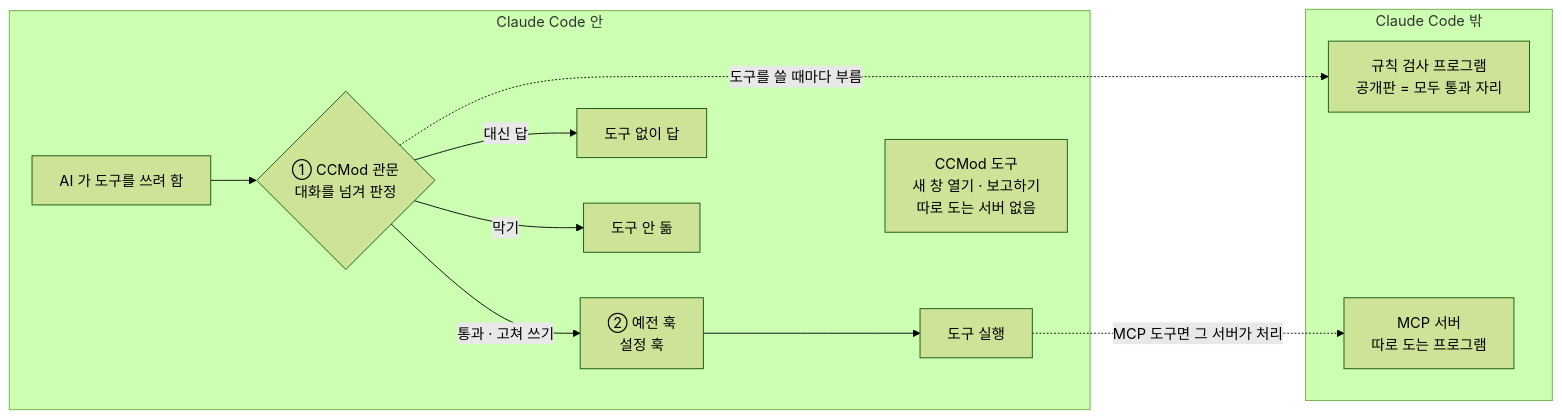
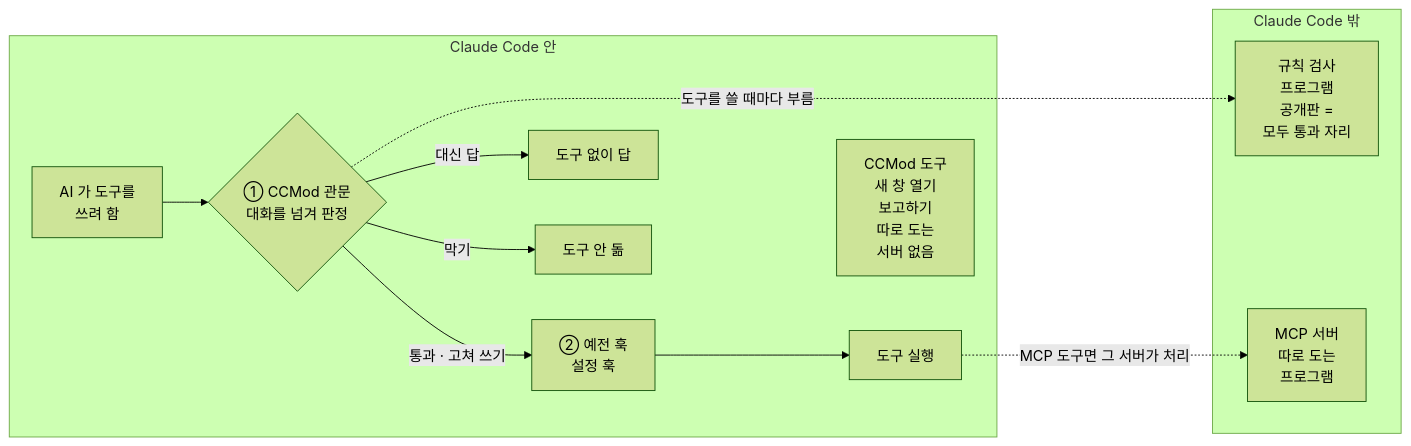
Before and after one commit to treylom/mod-for-slack: the second of 2 diagrams in README.md, drawn with Mermaid (forest theme). The commit also changed other lines of this file and 5 other files, not shown here.

````diff
--- a/README.md
+++ b/README.md
@@ -65,17 +65,17 @@
 ```mermaid
 flowchart LR
   subgraph IN["Claude Code 안"]
-    A["AI 가 도구를 쓰려 함"] --> G{"① CCMod 관문<br/>대화를 넘겨 판정"}
+    A["AI 가 도구를<br/>쓰려 함"] --> G{"① CCMod 관문<br/>대화를 넘겨 판정"}
     G -- "통과 · 고쳐 쓰기" --> H["② 예전 훅<br/>설정 훅"]
     H --> T["도구 실행"]
     G -- "대신 답" --> R["도구 없이 답"]
     G -- "막기" --> X["도구 안 돎"]
-    MT["CCMod 도구<br/>새 창 열기 · 보고하기<br/>따로 도는 서버 없음"]
+    MT["CCMod 도구<br/>새 창 열기<br/>보고하기<br/>따로 도는<br/>서버 없음"]
   end
   subgraph OUT["Claude Code 밖"]
-    P["규칙 검사 프로그램<br/>공개판 = 모두 통과 자리"]
-    M["MCP 서버<br/>따로 도는 프로그램"]
+    P["규칙 검사<br/>프로그램<br/>공개판 =<br/>모두 통과 자리"]
+    M["MCP 서버<br/>따로 도는<br/>프로그램"]
   end
   G -. "도구를 쓸 때마다 부름" .-> P
   T -. "MCP 도구면 그 서버가 처리" .-> M
 ```
````
